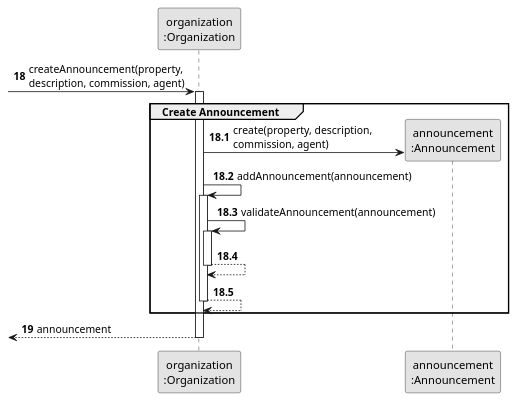
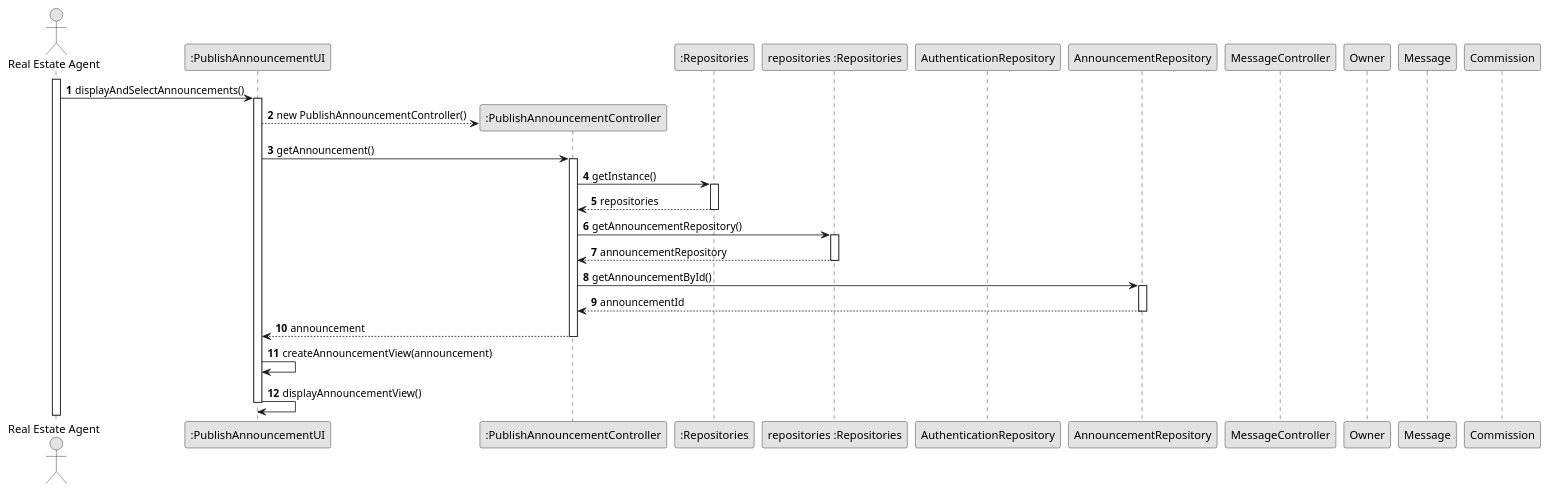
One commit to Rodrick0209/ISEP-LAPR2-22-23 changed the diagram in docs/Sprint-D/US002/03.design/puml/us002-sequence-diagram-partial-create-announcement.puml. Above: the diagram before and after it, drawn with PlantUML. The commit also changed 21 other files, not shown here.

```diff
--- a/docs/Sprint-D/US002/03.design/puml/us002-sequence-diagram-partial-create-announcement.puml
+++ b/docs/Sprint-D/US002/03.design/puml/us002-sequence-diagram-partial-create-announcement.puml
@@ -1,34 +1,48 @@
 @startuml
 skinparam monochrome true
 skinparam packageStyle rectangle
 skinparam shadowing false
 
-participant "organization\n:Organization" as ORG
-participant "announcement\n:Announcement" as ANNOUNCE
+autonumber
 
-autonumber 18
--> ORG: createAnnouncement(property, \ndescription, commission, agent)
+actor "Real Estate Agent" as Agent
+participant ":PublishAnnouncementUI" as UI
+participant ":PublishAnnouncementController" as CTRL
+participant ":Repositories" as Repositories
+participant "repositories :Repositories" as RPS
+participant "AuthenticationRepository" as AuthenticationRepository
+participant "AnnouncementRepository" as AnnouncementRepository
+participant "MessageController" as MessageController
+participant "Owner" as Owner
+participant "Message" as Message
+participant "Commission" as Commission
 
-autonumber 18.1
-activate ORG
-    group Create Announcement
+activate Agent
 
-        ORG -> ANNOUNCE**: create(property, description, \ncommission, agent)
-        ORG -> ORG: addAnnouncement(announcement)
+Agent -> UI : displayAndSelectAnnouncements()
+activate UI
 
-        activate ORG
-            ORG -> ORG: validateAnnouncement(announcement)
-            activate ORG
-                ORG --> ORG
-            deactivate ORG
+UI --> CTRL** : new PublishAnnouncementController()
+UI -> CTRL : getAnnouncement()
+activate CTRL
 
-            ORG --> ORG
-        deactivate ORG
-    end
+CTRL -> Repositories : getInstance()
+activate Repositories
+Repositories --> CTRL : repositories
+deactivate Repositories
 
-    autonumber 19
-    <-- ORG : announcement
-deactivate ORG
+CTRL -> RPS : getAnnouncementRepository()
+activate RPS
+RPS --> CTRL : announcementRepository
+deactivate RPS
+CTRL -> AnnouncementRepository : getAnnouncementById()
+activate AnnouncementRepository
+AnnouncementRepository --> CTRL : announcementId
+deactivate AnnouncementRepository
+CTRL --> UI : announcement
+deactivate CTRL
+UI -> UI : createAnnouncementView(announcement)
+UI -> UI : displayAnnouncementView()
 
-
+deactivate UI
 @enduml
```
